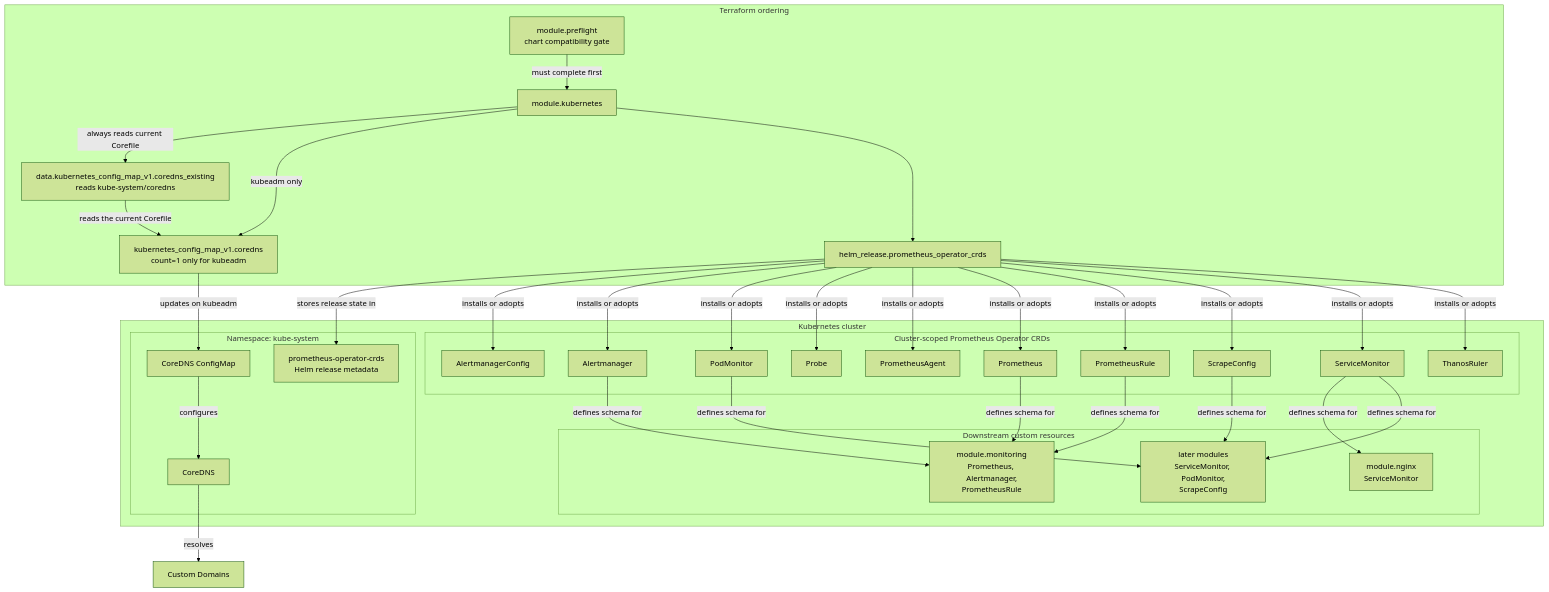
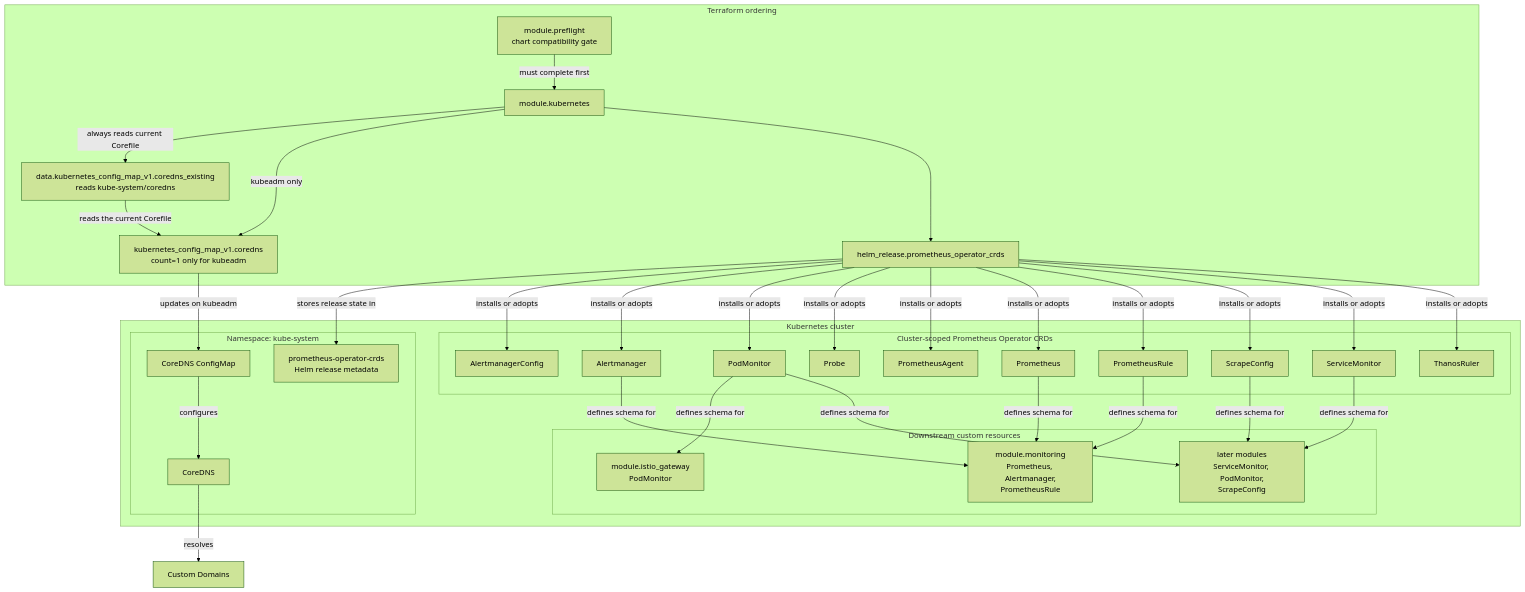
Before and after one commit to chrisleekr/homelab-infrastructure: the first of 2 diagrams in docs/stage2/kubernetes.md, drawn with Mermaid (forest theme). The commit also changed other lines of this file and 143 other files, not shown here.

Commit message:
feat(stage2): migrate nginx-ingress to Istio Gateway API (#119)

````diff
--- a/docs/stage2/kubernetes.md
+++ b/docs/stage2/kubernetes.md
@@ -7,64 +7,64 @@
 ```mermaid
 flowchart TB
     subgraph terraform [Terraform ordering]
         Preflight["module.preflight<br/>chart compatibility gate"]
         KubernetesModule["module.kubernetes"]
         ExistingCoreDNS["data.kubernetes_config_map_v1.coredns_existing<br/>reads kube-system/coredns"]
         ManagedCoreDNS["kubernetes_config_map_v1.coredns<br/>count=1 only for kubeadm"]
         CRDRelease["helm_release.prometheus_operator_crds"]
     end
 
     subgraph k8s [Kubernetes cluster]
         subgraph kube_system [Namespace: kube-system]
             CoreDNS[CoreDNS]
             ConfigMap["CoreDNS ConfigMap"]
             HelmMetadata["prometheus-operator-crds<br/>Helm release metadata"]
         end
 
         subgraph crds [Cluster-scoped Prometheus Operator CRDs]
             AlertmanagerConfig["AlertmanagerConfig"]
             Alertmanager["Alertmanager"]
             PodMonitor["PodMonitor"]
             Probe["Probe"]
             PrometheusAgent["PrometheusAgent"]
             Prometheus["Prometheus"]
             PrometheusRule["PrometheusRule"]
             ScrapeConfig["ScrapeConfig"]
             ServiceMonitor["ServiceMonitor"]
             ThanosRuler["ThanosRuler"]
         end
 
         subgraph consumers [Downstream custom resources]
-            NginxMonitor["module.nginx<br/>ServiceMonitor"]
+            IstioMonitors["module.istio_gateway<br/>PodMonitor"]
             MonitoringObjects["module.monitoring<br/>Prometheus, Alertmanager,<br/>PrometheusRule"]
             LaterMonitors["later modules<br/>ServiceMonitor, PodMonitor,<br/>ScrapeConfig"]
         end
     end
 
     Preflight -->|must complete first| KubernetesModule
     KubernetesModule -->|always reads current Corefile| ExistingCoreDNS
     KubernetesModule -->|kubeadm only| ManagedCoreDNS
     KubernetesModule --> CRDRelease
     ExistingCoreDNS -->|reads the current Corefile| ManagedCoreDNS
     ManagedCoreDNS -->|updates on kubeadm| ConfigMap
     ConfigMap -->|configures| CoreDNS
     CoreDNS -->|resolves| Domains[Custom Domains]
     CRDRelease -->|stores release state in| HelmMetadata
     CRDRelease -->|installs or adopts| AlertmanagerConfig
     CRDRelease -->|installs or adopts| Alertmanager
     CRDRelease -->|installs or adopts| PodMonitor
     CRDRelease -->|installs or adopts| Probe
     CRDRelease -->|installs or adopts| PrometheusAgent
     CRDRelease -->|installs or adopts| Prometheus
     CRDRelease -->|installs or adopts| PrometheusRule
     CRDRelease -->|installs or adopts| ScrapeConfig
     CRDRelease -->|installs or adopts| ServiceMonitor
     CRDRelease -->|installs or adopts| ThanosRuler
-    ServiceMonitor -->|defines schema for| NginxMonitor
+    PodMonitor -->|defines schema for| IstioMonitors
     ServiceMonitor -->|defines schema for| LaterMonitors
     PodMonitor -->|defines schema for| LaterMonitors
     ScrapeConfig -->|defines schema for| LaterMonitors
     Prometheus -->|defines schema for| MonitoringObjects
     Alertmanager -->|defines schema for| MonitoringObjects
     PrometheusRule -->|defines schema for| MonitoringObjects
 ```
````
